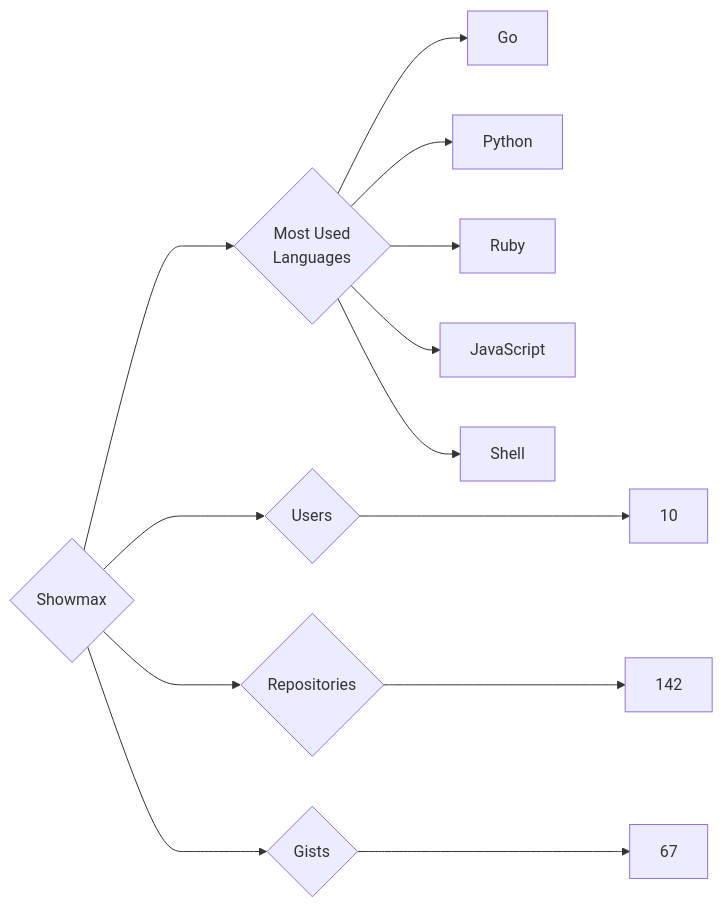
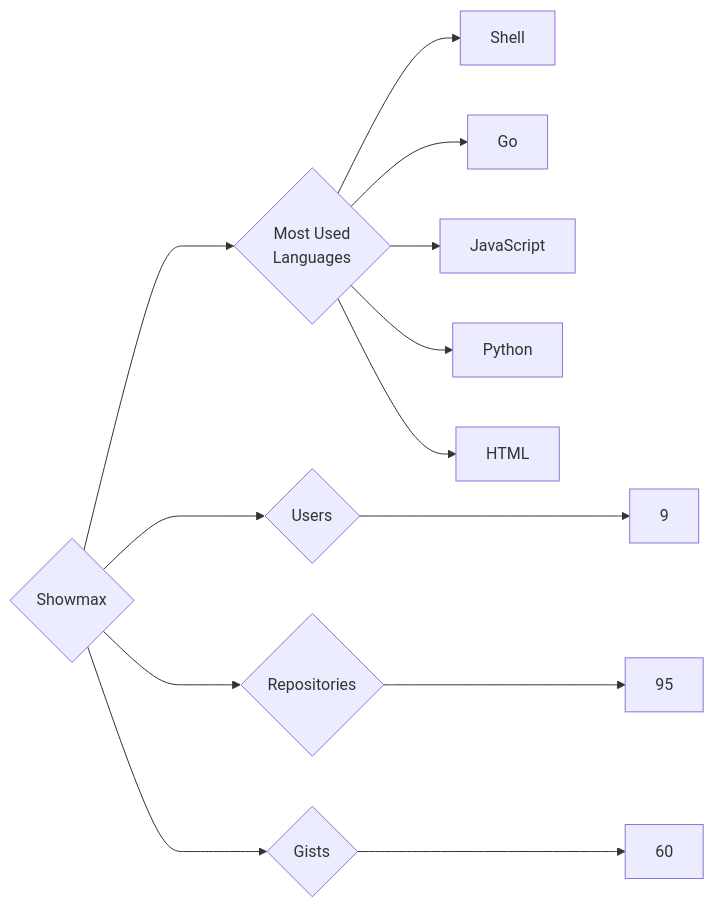
Before and after one commit to trickest/insiders: the diagram in targets/Showmax/README.md, drawn with Mermaid. The commit also changed 829 other files, not shown here.

````diff
--- a/targets/Showmax/README.md
+++ b/targets/Showmax/README.md
@@ -3,13 +3,13 @@
 ```mermaid
 graph LR
 COMPANY_NAME{Showmax}
-COMPANY_NAME ---> U{Users} ---> UN[10]
-COMPANY_NAME ---> R{Repositories} ---> RN[142]
-COMPANY_NAME ---> G{Gists} ---> GN[67]
+COMPANY_NAME ---> U{Users} ---> UN[9]
+COMPANY_NAME ---> R{Repositories} ---> RN[95]
+COMPANY_NAME ---> G{Gists} ---> GN[60]
 COMPANY_NAME ---> ML{Most Used<br>Languages}
+ML --> Shell[Shell]
 ML --> Go[Go]
+ML --> JavaScript[JavaScript]
 ML --> Python[Python]
-ML --> Ruby[Ruby]
-ML --> JavaScript[JavaScript]
-ML --> Shell[Shell]
+ML --> HTML[HTML]
 ```
````
